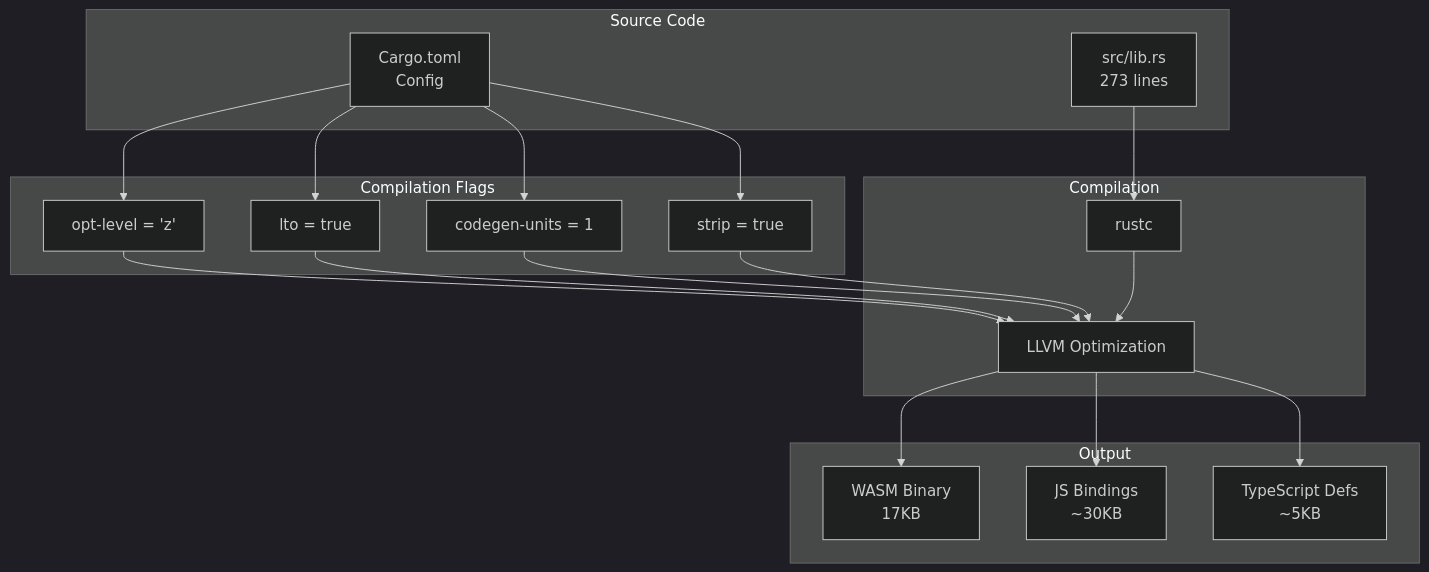
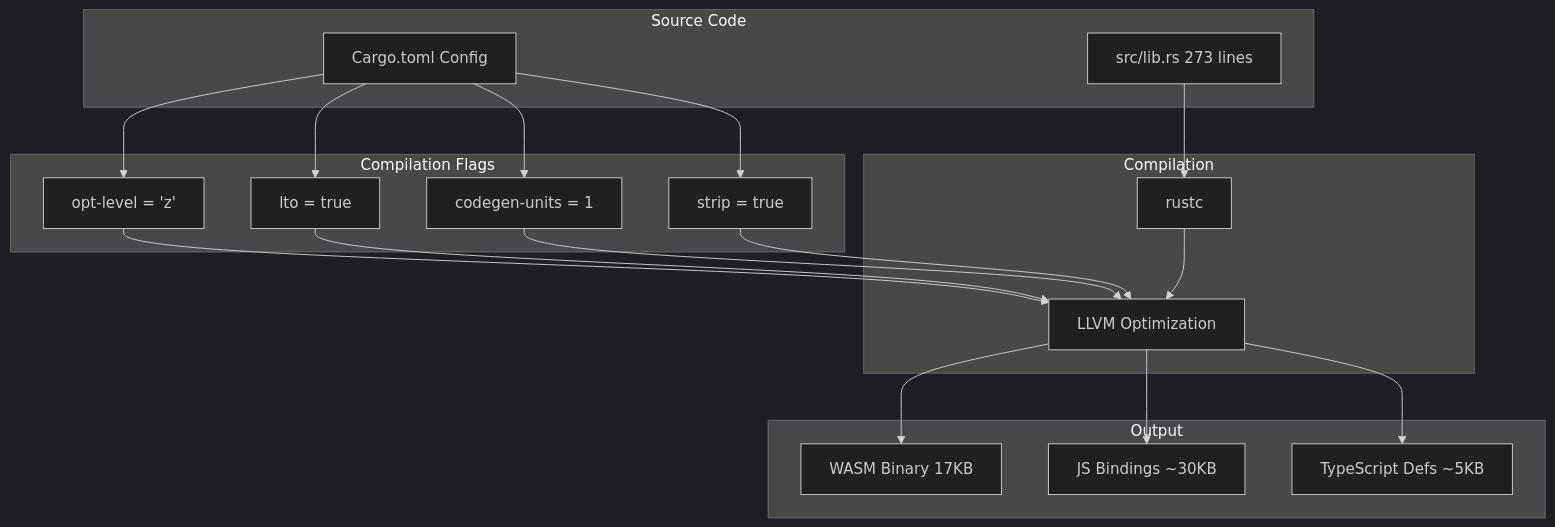
Before and after one commit to softwarewrighter/rust-wasm-monitor: the eighth of 11 diagrams in wiki/Architecture.md, drawn with Mermaid (dark theme). The commit also changed other lines of this file and 6 other files, not shown here.

````diff
--- a/wiki/Architecture.md
+++ b/wiki/Architecture.md
@@ -401,40 +401,40 @@
 ```mermaid
 graph TB
     subgraph "Source Code"
-        A[src/lib.rs<br/>273 lines]
-        B[Cargo.toml<br/>Config]
+        A[src/lib.rs 273 lines]
+        B[Cargo.toml Config]
     end
 
     subgraph "Compilation Flags"
         C[opt-level = 'z']
         D[lto = true]
         E[codegen-units = 1]
         F[strip = true]
     end
 
     subgraph "Compilation"
         G[rustc]
         H[LLVM Optimization]
     end
 
     subgraph "Output"
-        I[WASM Binary<br/>17KB]
-        J[JS Bindings<br/>~30KB]
-        K[TypeScript Defs<br/>~5KB]
+        I[WASM Binary 17KB]
+        J[JS Bindings ~30KB]
+        K[TypeScript Defs ~5KB]
     end
 
     A --> G
     B --> C
     B --> D
     B --> E
     B --> F
     C --> H
     D --> H
     E --> H
     F --> H
     G --> H
 
     H --> I
     H --> J
     H --> K
 ```
````
